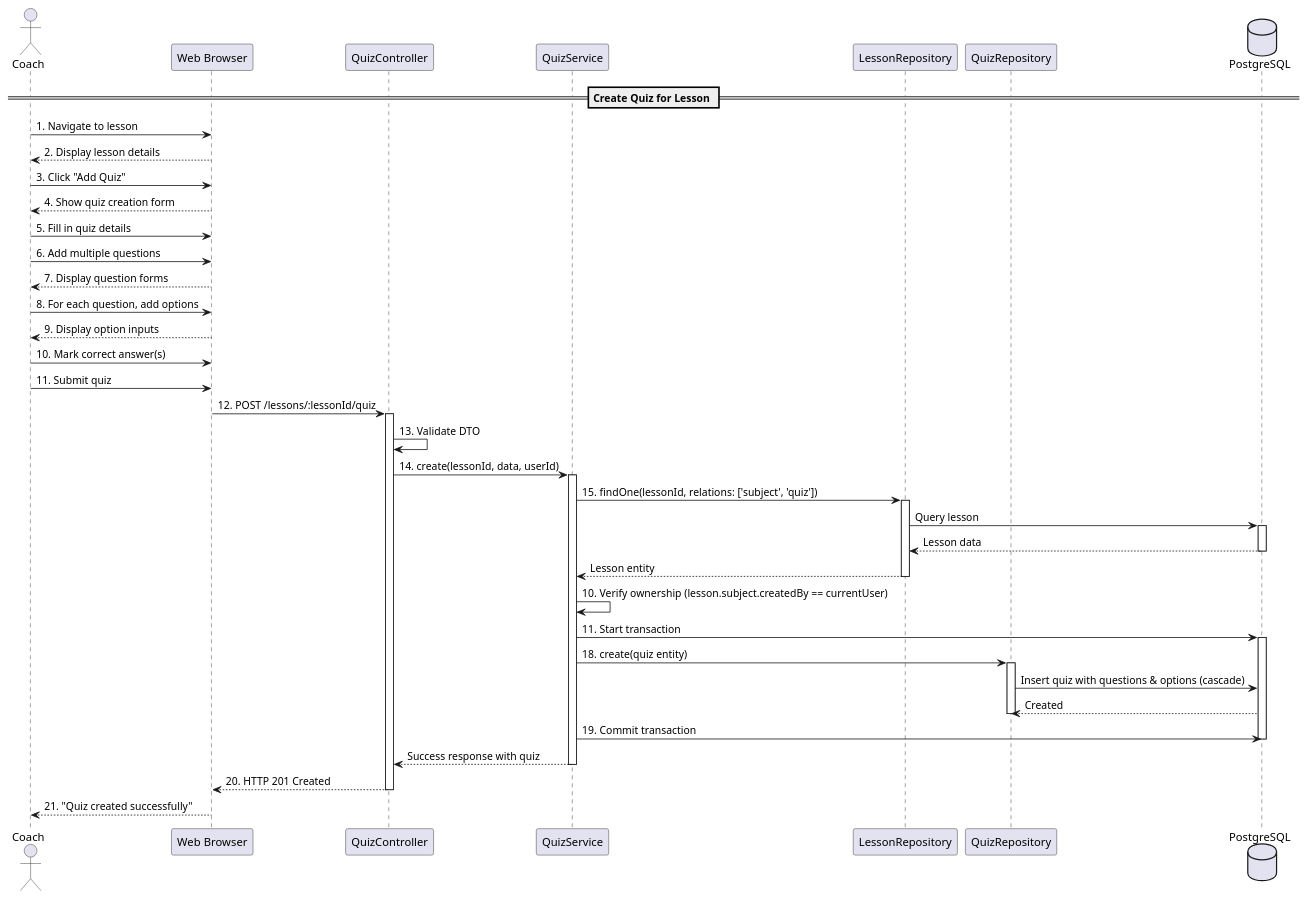
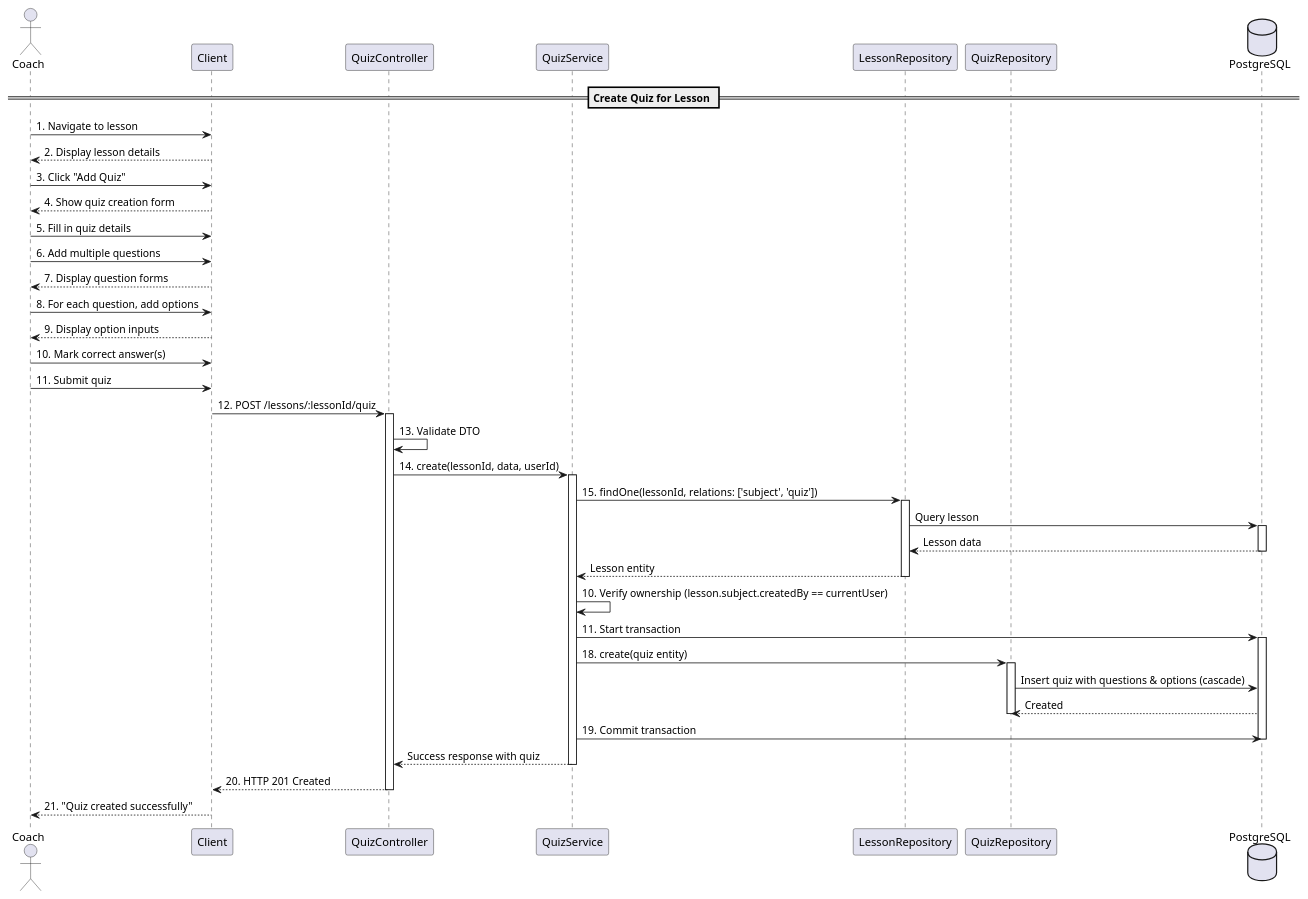
One commit to gs4lthung/capstone-project-be changed the diagram in diagrams/details/manage-lesson-quiz/sequence-create.puml. Above: the diagram before and after it, drawn with PlantUML. The commit also changed 107 other files, not shown here.

First line of the commit message:
Add sequence diagrams for course, lesson, subject, and achievement management

```diff
--- a/diagrams/details/manage-lesson-quiz/sequence-create.puml
+++ b/diagrams/details/manage-lesson-quiz/sequence-create.puml
@@ -1,69 +1,69 @@
 @startuml ManageLessonQuizCreateSequence
 
 actor "Coach" as coach
-participant "Web Browser" as client
+participant "Client" as client
 participant "QuizController" as controller
 participant "QuizService" as service
 participant "LessonRepository" as lessonRepo
 participant "QuizRepository" as quizRepo
 database "PostgreSQL" as db
 
 == Create Quiz for Lesson ==
 
 coach -> client: 1. Navigate to lesson
 client --> coach: 2. Display lesson details
 
 coach -> client: 3. Click "Add Quiz"
 client --> coach: 4. Show quiz creation form
 
 coach -> client: 5. Fill in quiz details
 
 coach -> client: 6. Add multiple questions
 client --> coach: 7. Display question forms
 
 coach -> client: 8. For each question, add options
 client --> coach: 9. Display option inputs
 
 coach -> client: 10. Mark correct answer(s)
 
 coach -> client: 11. Submit quiz
 client -> controller: 12. POST /lessons/:lessonId/quiz
 activate controller
 
 controller -> controller: 13. Validate DTO
 
 controller -> service: 14. create(lessonId, data, userId)
 activate service
 
 service -> lessonRepo: 15. findOne(lessonId, relations: ['subject', 'quiz'])
 activate lessonRepo
 lessonRepo -> db: Query lesson
 activate db
 db --> lessonRepo: Lesson data
 deactivate db
 lessonRepo --> service: Lesson entity
 deactivate lessonRepo
 
 service -> service: 10. Verify ownership (lesson.subject.createdBy == currentUser)
 
 service -> db: 11. Start transaction
 activate db
 
 service -> quizRepo: 18. create(quiz entity)
 activate quizRepo
 quizRepo -> db: Insert quiz with questions & options (cascade)
 db --> quizRepo: Created
 deactivate quizRepo
 
 service -> db: 19. Commit transaction
 deactivate db
 
 service --> controller: Success response with quiz
 deactivate service
 
 controller --> client: 20. HTTP 201 Created
 deactivate controller
 
 client --> coach: 21. "Quiz created successfully"
 
 @enduml
```
